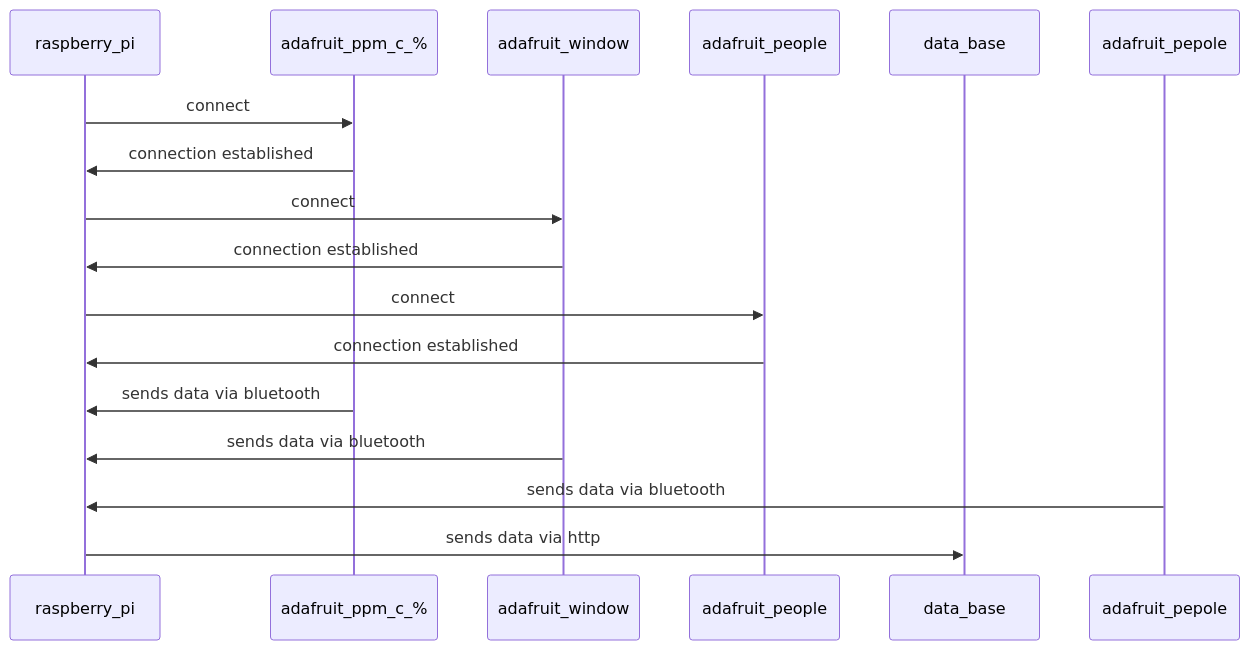
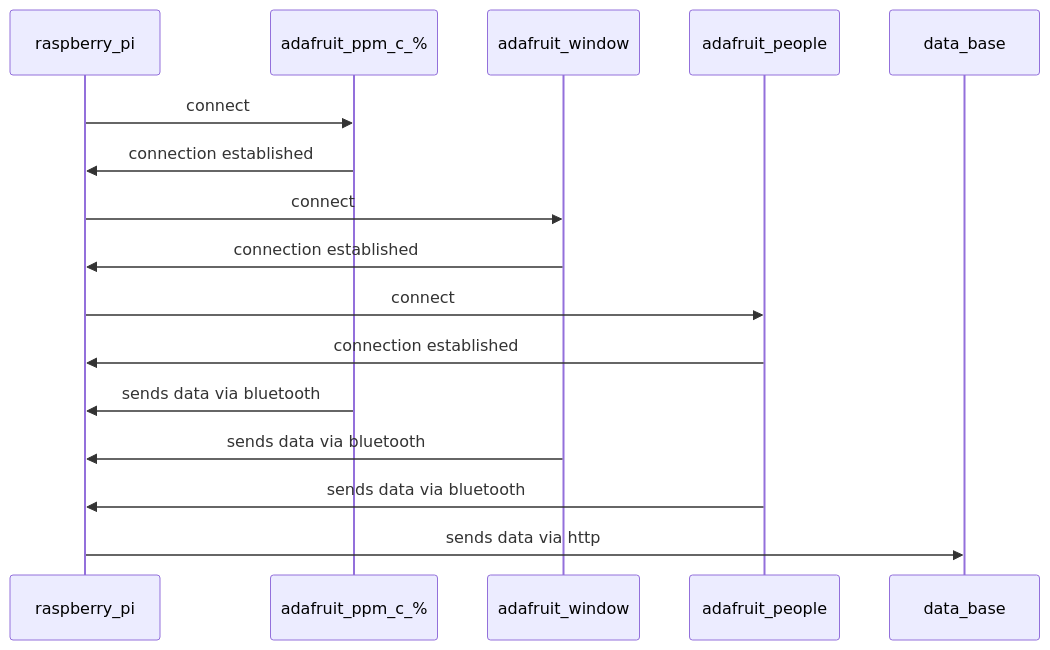
Before and after one commit to nicolarohner1337/smartclassroom: the diagram in abgabe_bericht/software_module_sequenzdiagramme/mainUnit.md, drawn with Mermaid.

````diff
--- a/abgabe_bericht/software_module_sequenzdiagramme/mainUnit.md
+++ b/abgabe_bericht/software_module_sequenzdiagramme/mainUnit.md
@@ -2,18 +2,18 @@
 ```mermaid
 sequenceDiagram
     participant raspberry_pi
     participant adafruit_ppm_c_%
     participant adafruit_window
     participant adafruit_people
     participant data_base
     raspberry_pi->>adafruit_ppm_c_%: connect
     adafruit_ppm_c_%->>raspberry_pi: connection established
     raspberry_pi->>adafruit_window: connect
     adafruit_window->>raspberry_pi: connection established
     raspberry_pi->>adafruit_people: connect
     adafruit_people->>raspberry_pi: connection established
     adafruit_ppm_c_%->>raspberry_pi: sends data via bluetooth
     adafruit_window->>raspberry_pi: sends data via bluetooth
-    adafruit_pepole->>raspberry_pi: sends data via bluetooth
+    adafruit_people->>raspberry_pi: sends data via bluetooth
     raspberry_pi->>data_base: sends data via http
 ```
````
